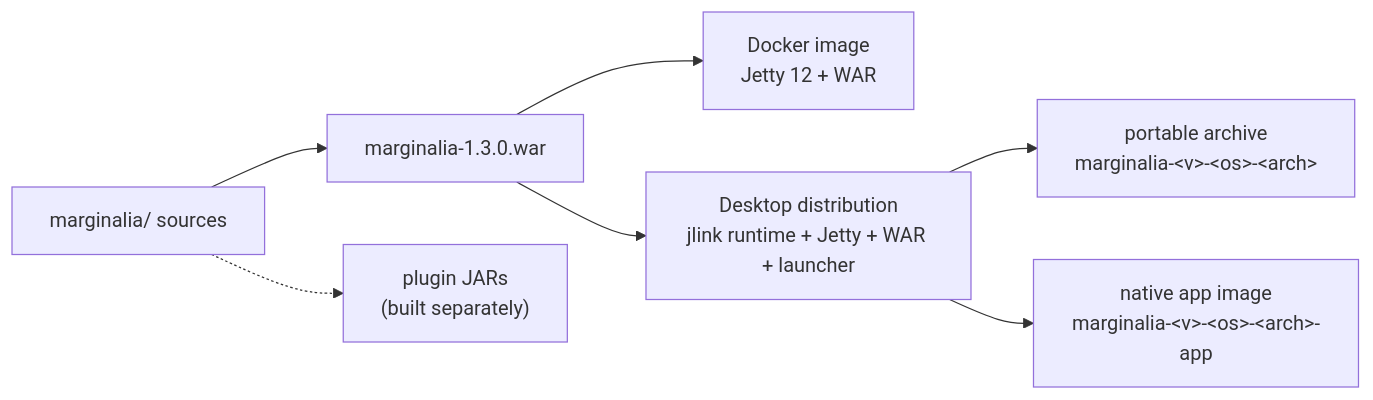
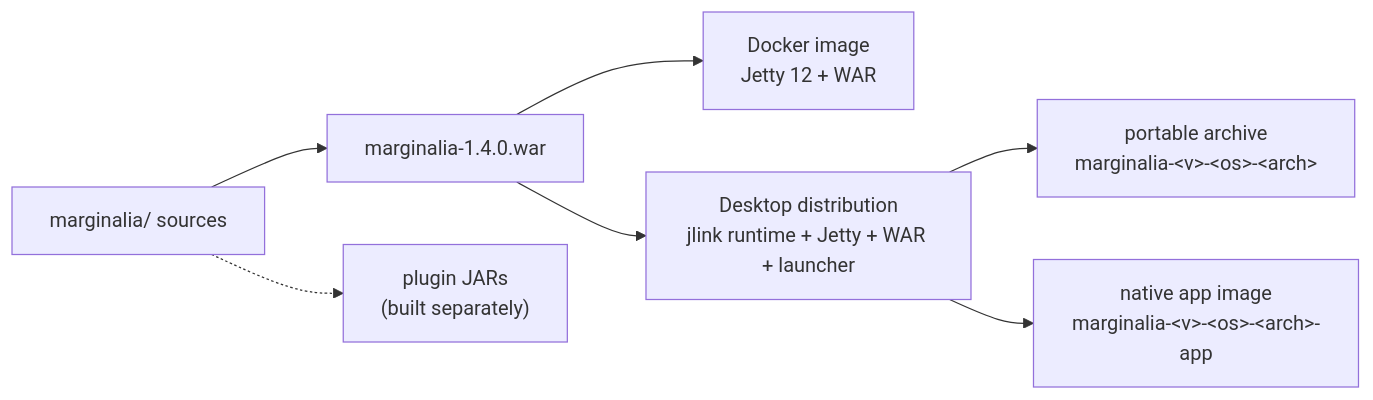
One commit to Enerccio/Marginalia changed the first of 3 diagrams in manual/developer/packaging.md. Above: the diagram before and after it, drawn with Mermaid. The commit also changed other lines of this file and 24 other files, not shown here.

````diff
--- a/manual/developer/packaging.md
+++ b/manual/developer/packaging.md
@@ -26,9 +26,9 @@
 ```mermaid
 flowchart LR
-    src["marginalia/ sources"] --> war["marginalia-1.3.0.war"]
+    src["marginalia/ sources"] --> war["marginalia-1.4.0.war"]
     war --> docker["Docker image<br/>Jetty 12 + WAR"]
     war --> desktop["Desktop distribution<br/>jlink runtime + Jetty + WAR + launcher"]
     desktop --> portable["portable archive<br/>marginalia-&lt;v&gt;-&lt;os&gt;-&lt;arch&gt;"]
     desktop --> appimage["native app image<br/>marginalia-&lt;v&gt;-&lt;os&gt;-&lt;arch&gt;-app"]
     src -.-> plugins["plugin JARs<br/>(built separately)"]
 ```
````
